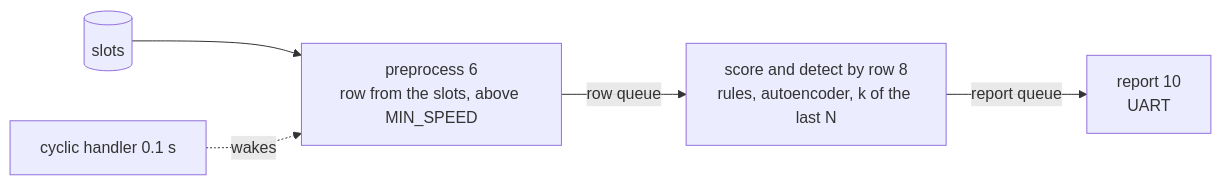
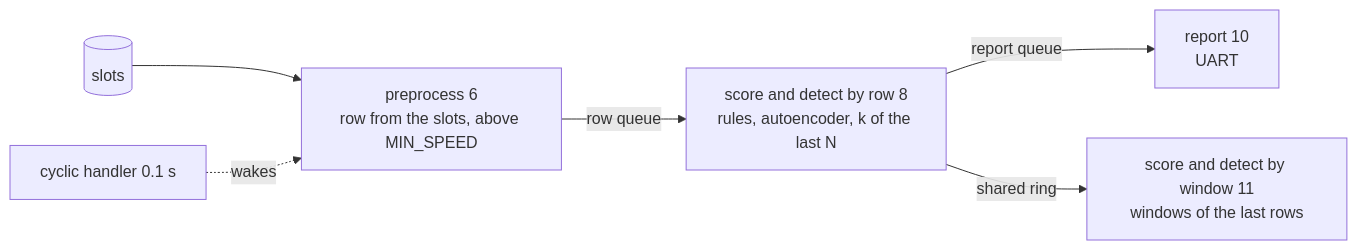
The diagram in board/lib/ai_can_anomaly_detection_tasks/README.md (asana17/ai_can_anomaly_detection), drawn with Mermaid before and after one commit. The commit also changed other lines of this file and 5 other files, not shown here.

Commit message:
feat(board): add score and detect by window

````diff
--- a/board/lib/ai_can_anomaly_detection_tasks/README.md
+++ b/board/lib/ai_can_anomaly_detection_tasks/README.md
@@ -6,7 +6,8 @@
 ```mermaid
 flowchart LR
     slots[(slots)] --> pre["preprocess 6<br/>row from the slots, above MIN_SPEED"]
     tick[cyclic handler 0.1 s] -. wakes .-> pre
     pre -- row queue --> sd["score and detect by row 8<br/>rules, autoencoder, k of the last N"]
     sd -- report queue --> report["report 10<br/>UART"]
+    sd -- shared ring --> win["score and detect by window 11<br/>windows of the last rows"]
 ```
````
